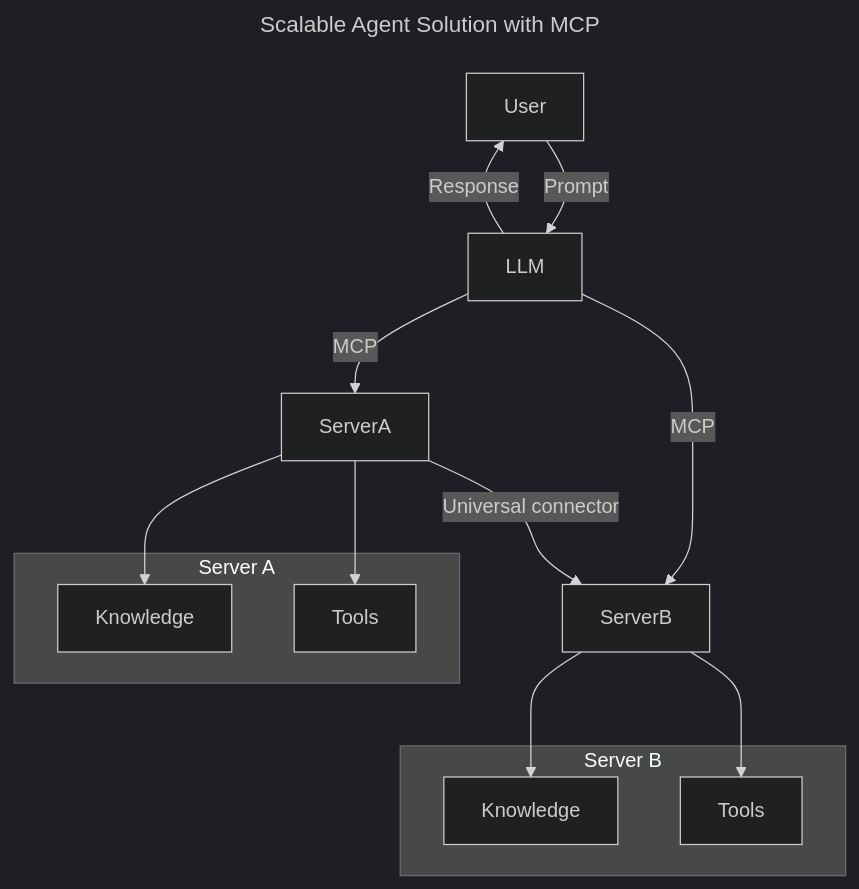
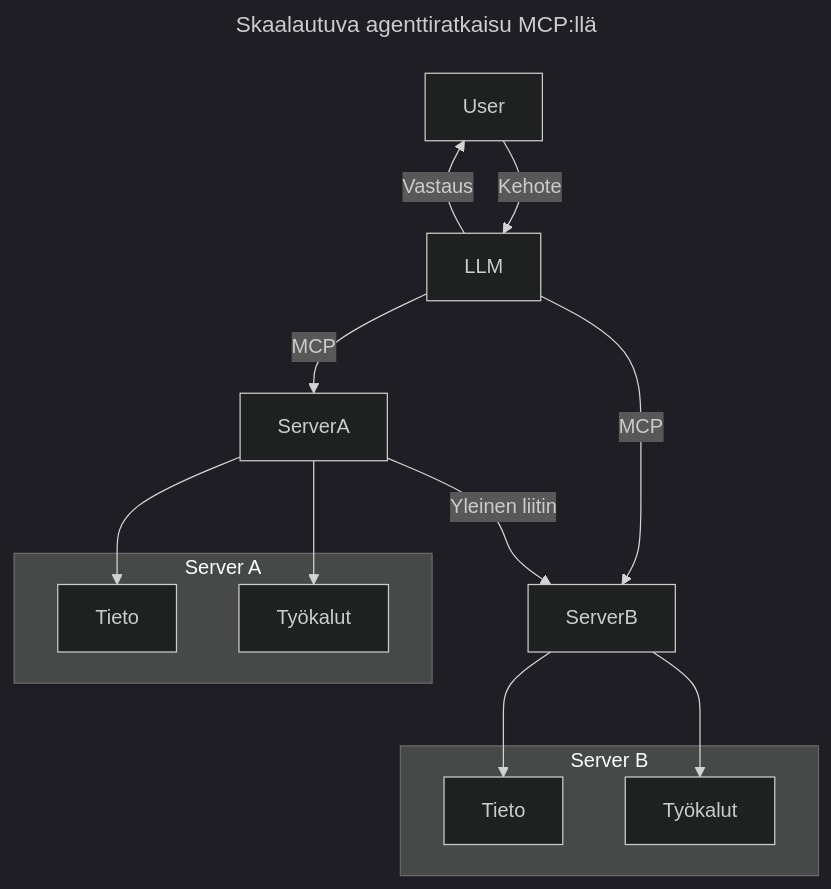
The second of 3 diagrams in translations/fi/00-Introduction/README.md (Mu-L/mcp-for-beginners), drawn with Mermaid (dark theme) before and after one commit. The commit also changed other lines of this file and 110 other files, not shown here.

````diff
--- a/translations/fi/00-Introduction/README.md
+++ b/translations/fi/00-Introduction/README.md
@@ -183,26 +193,26 @@
 ```mermaid
 ---
-title: Scalable Agent Solution with MCP
-description: A diagram illustrating how a user interacts with an LLM that connects to multiple MCP servers, with each server providing both knowledge and tools, creating a scalable AI system architecture
+title: Skaalautuva agenttiratkaisu MCP:llä
+description: Kaavio, joka kuvaa kuinka käyttäjä on vuorovaikutuksessa LLM:n kanssa, joka yhdistyy useisiin MCP-palvelimiin, joista kukin tarjoaa sekä tietoa että työkaluja, muodostaen skaalautuvan tekoälyjärjestelmän arkkitehtuurin
 ---
 graph TD
-    User -->|Prompt| LLM
-    LLM -->|Response| User
+    User -->|Kehote| LLM
+    LLM -->|Vastaus| User
     LLM -->|MCP| ServerA
     LLM -->|MCP| ServerB
-    ServerA -->|Universal connector| ServerB
+    ServerA -->|Yleinen liitin| ServerB
     ServerA --> KnowledgeA
     ServerA --> ToolsA
     ServerB --> KnowledgeB
     ServerB --> ToolsB
 
     subgraph Server A
-        KnowledgeA[Knowledge]
-        ToolsA[Tools]
+        KnowledgeA[Tieto]
+        ToolsA[Työkalut]
     end
 
     subgraph Server B
-        KnowledgeB[Knowledge]
-        ToolsB[Tools]
+        KnowledgeB[Tieto]
+        ToolsB[Työkalut]
     end
 ```
````
